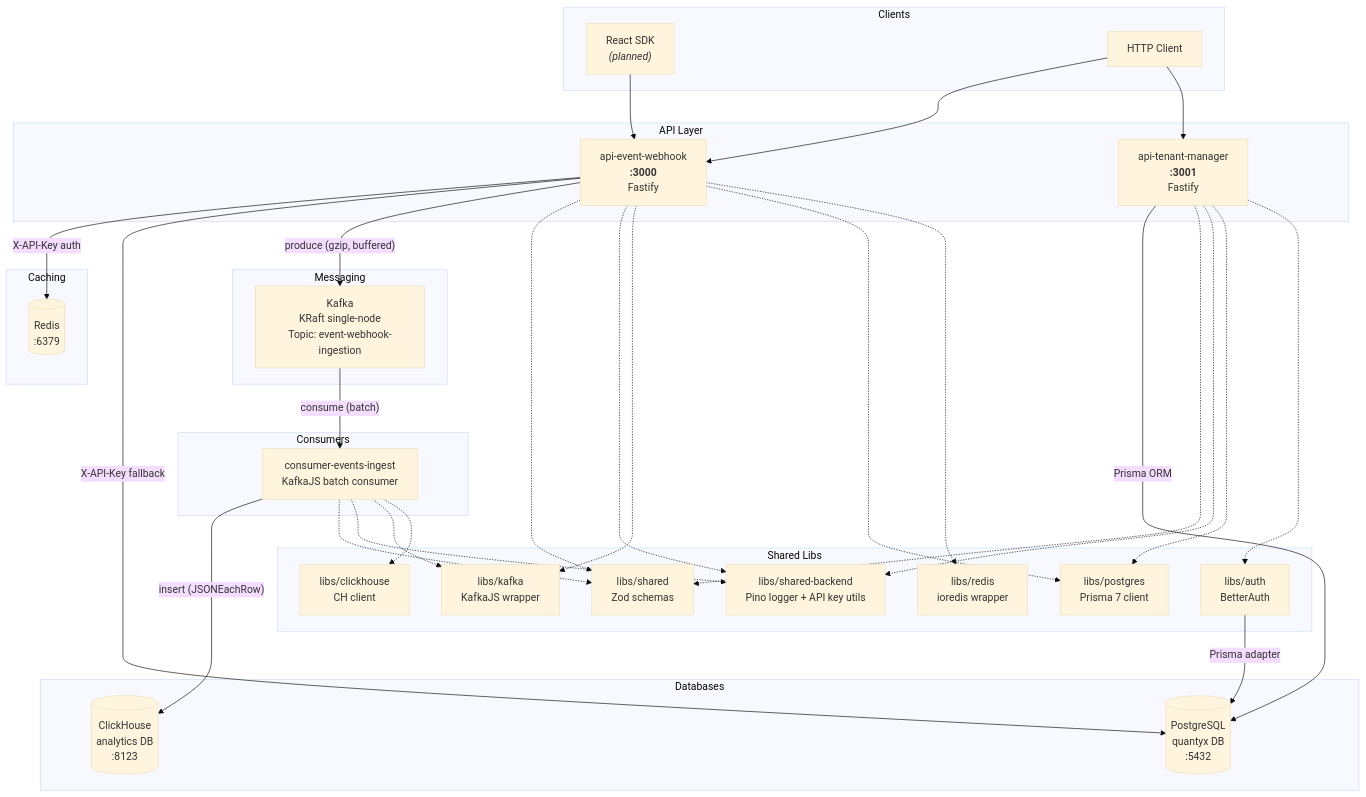
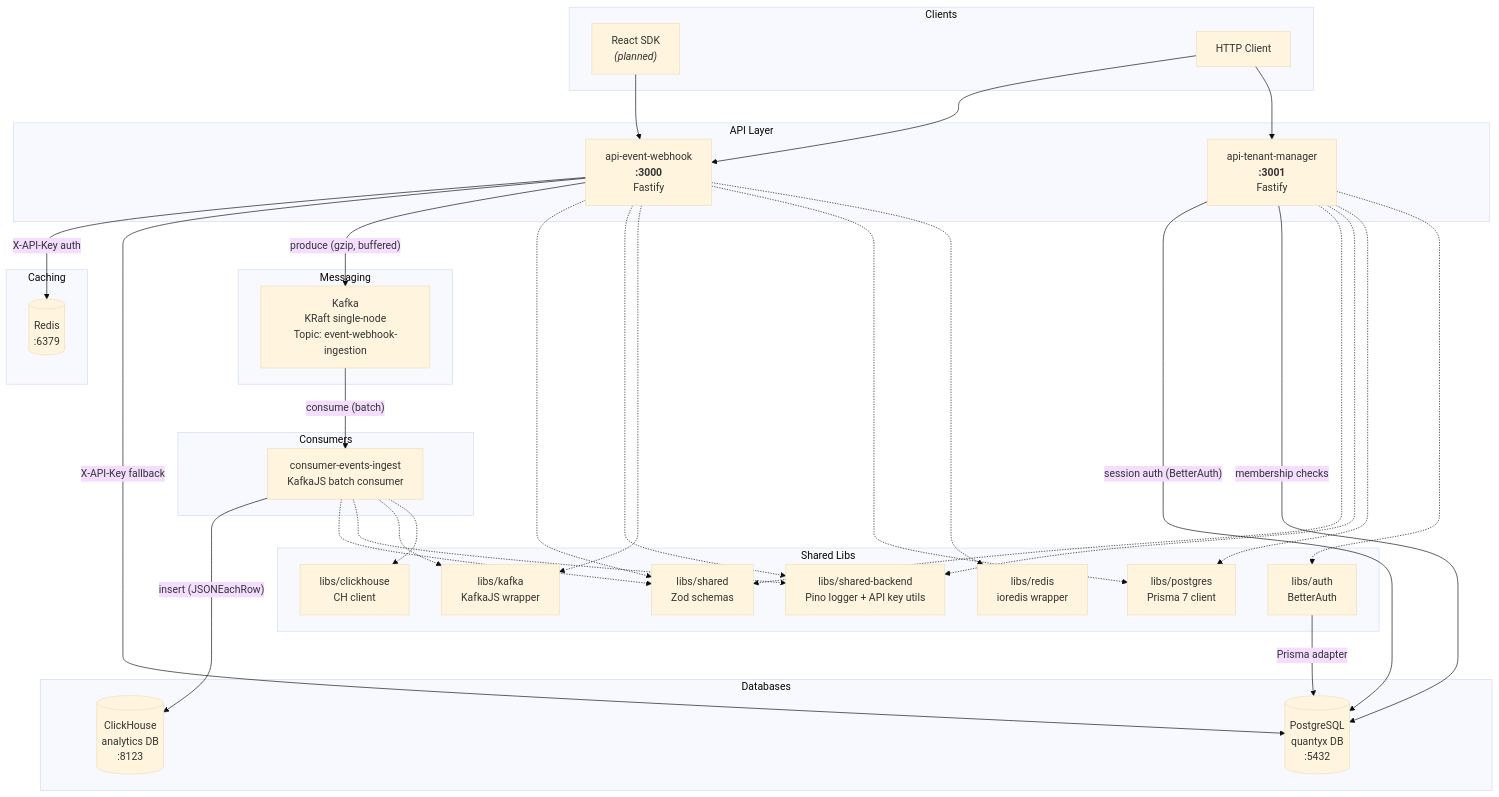
The first of 5 diagrams in OVERVIEW.md (MateusRoscoe/quantyx), drawn with Mermaid (base theme) before and after one commit. The commit also changed other lines of this file and 7 other files, not shown here.

First line of the commit message:
refactor: move auth env validation into libs/auth and rename BETTER_AUTH_URL

````diff
--- a/OVERVIEW.md
+++ b/OVERVIEW.md
@@ -13,65 +13,66 @@
 ```mermaid
 graph TB
     subgraph Clients
         SDK["React SDK<br/><i>(planned)</i>"]
         HTTP["HTTP Client"]
     end
 
     subgraph API Layer
         EW["api-event-webhook<br/><b>:3000</b><br/>Fastify"]
         TM["api-tenant-manager<br/><b>:3001</b><br/>Fastify"]
     end
 
     subgraph Messaging
         K["Kafka<br/>KRaft single-node<br/>Topic: event-webhook-ingestion"]
     end
 
     subgraph Consumers
         CE["consumer-events-ingest<br/>KafkaJS batch consumer"]
     end
 
     subgraph Databases
         CH[("ClickHouse<br/>analytics DB<br/>:8123")]
         PG[("PostgreSQL<br/>quantyx DB<br/>:5432")]
     end
 
     subgraph Caching
         RD[("Redis<br/>:6379")]
     end
 
     subgraph Shared Libs
         LS["libs/shared<br/>Zod schemas"]
         LSB["libs/shared-backend<br/>Pino logger + API key utils"]
         LK["libs/kafka<br/>KafkaJS wrapper"]
         LC["libs/clickhouse<br/>CH client"]
         LP["libs/postgres<br/>Prisma 7 client"]
         LR["libs/redis<br/>ioredis wrapper"]
         LA["libs/auth<br/>BetterAuth"]
     end
 
     SDK --> EW
     HTTP --> EW
     HTTP --> TM
 
     EW -- "X-API-Key auth" --> RD
     EW -- "X-API-Key fallback" --> PG
     EW -- "produce (gzip, buffered)" --> K
     K -- "consume (batch)" --> CE
     CE -- "insert (JSONEachRow)" --> CH
-    TM -- "Prisma ORM" --> PG
+    TM -- "session auth (BetterAuth)" --> PG
+    TM -- "membership checks" --> PG
     LA -- "Prisma adapter" --> PG
 
     EW -.-> LS
     EW -.-> LSB
     EW -.-> LK
     EW -.-> LP
     EW -.-> LR
     CE -.-> LS
     CE -.-> LSB
     CE -.-> LK
     CE -.-> LC
     TM -.-> LS
     TM -.-> LSB
     TM -.-> LP
     TM -.-> LA
 ```
````
